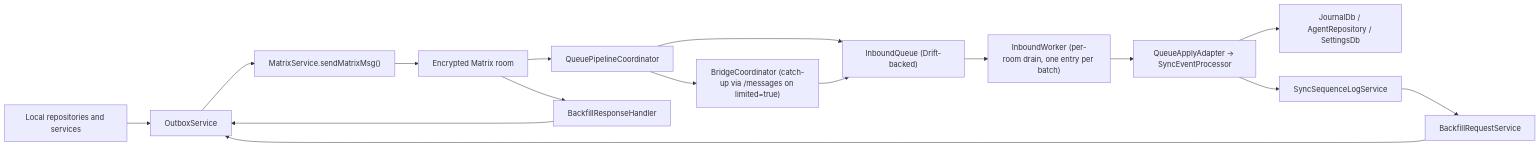
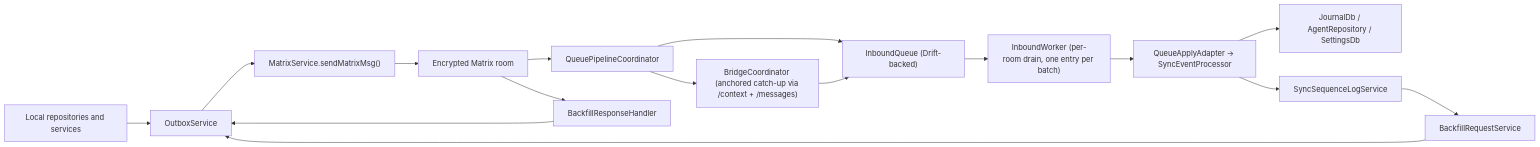
The first of 13 diagrams in lib/features/sync/README.md (matthiasn/lotti), drawn with Mermaid before and after one commit. The commit also changed other lines of this file and 9 other files, not shown here.

````diff
--- a/lib/features/sync/README.md
+++ b/lib/features/sync/README.md
@@ -24,20 +24,20 @@
 ```mermaid
 flowchart LR
   Local["Local repositories and services"] --> Outbox["OutboxService"]
   Outbox --> Sender["MatrixService.sendMatrixMsg()"]
   Sender --> Room["Encrypted Matrix room"]
 
   Room --> QueueCoord["QueuePipelineCoordinator"]
-  QueueCoord --> Bridge["BridgeCoordinator (catch-up via /messages on limited=true)"]
+  QueueCoord --> Bridge["BridgeCoordinator (anchored catch-up via /context + /messages)"]
   QueueCoord --> Queue["InboundQueue (Drift-backed)"]
   Bridge --> Queue
   Queue --> Worker["InboundWorker (per-room drain, one entry per batch)"]
   Worker --> Apply["QueueApplyAdapter → SyncEventProcessor"]
   Apply --> Stores["JournalDb / AgentRepository / SettingsDb"]
   Apply --> Sequence["SyncSequenceLogService"]
 
   Sequence --> BackfillReq["BackfillRequestService"]
   Room --> BackfillResp["BackfillResponseHandler"]
   BackfillReq --> Outbox
   BackfillResp --> Outbox
 ```
````
